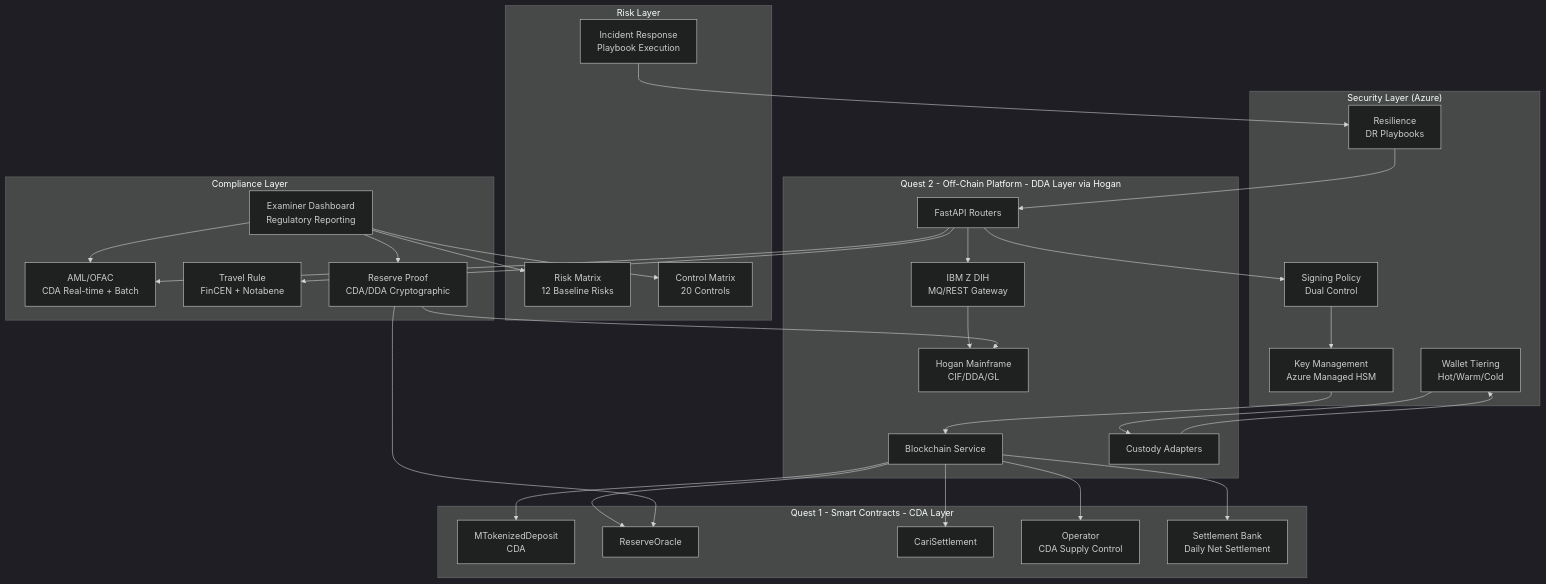
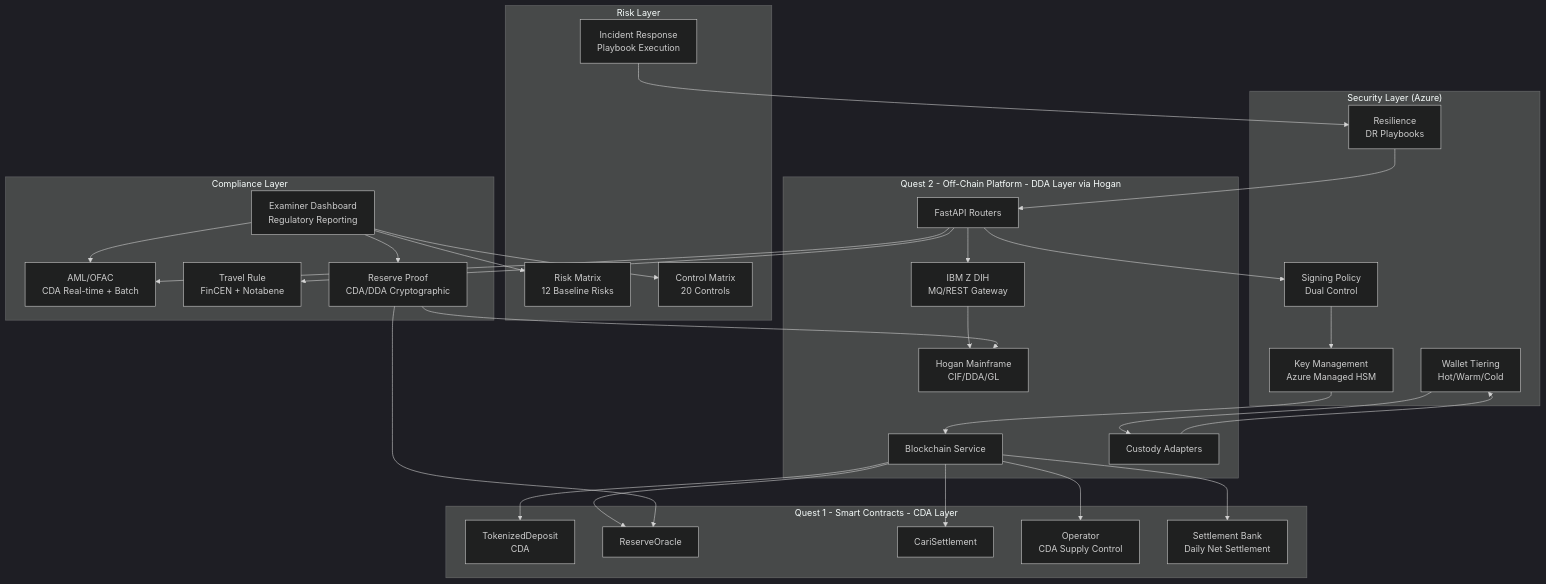
One commit to jnodes/tokenized-deposits changed the first of 5 diagrams in artifacts/architecture_diagrams.md. Above: the diagram before and after it, drawn with Mermaid (dark theme). The commit also changed other lines of this file and 160 other files, not shown here.

````diff
--- a/artifacts/architecture_diagrams.md
+++ b/artifacts/architecture_diagrams.md
@@ -14,68 +14,68 @@
 ```mermaid
 graph TB
     subgraph "Security Layer (Azure)"
         KM[Key Management<br/>Azure Managed HSM]
         SP[Signing Policy<br/>Dual Control]
         WT[Wallet Tiering<br/>Hot/Warm/Cold]
         DR[Resilience<br/>DR Playbooks]
     end
 
     subgraph "Compliance Layer"
         AML[AML/OFAC<br/>CDA Real-time + Batch]
         TR[Travel Rule<br/>FinCEN + Notabene]
         RP[Reserve Proof<br/>CDA/DDA Cryptographic]
         ED[Examiner Dashboard<br/>Regulatory Reporting]
     end
 
     subgraph "Risk Layer"
         RM[Risk Matrix<br/>12 Baseline Risks]
         CM[Control Matrix<br/>20 Controls]
         IR[Incident Response<br/>Playbook Execution]
     end
 
     subgraph "Quest 2 - Off-Chain Platform - DDA Layer via Hogan"
         API[FastAPI Routers]
         BC[Blockchain Service]
         ZDIH["IBM Z DIH<br/>MQ/REST Gateway"]
         HOGAN["Hogan Mainframe<br/>CIF/DDA/GL"]
         CU[Custody Adapters]
     end
 
     subgraph "Quest 1 - Smart Contracts - CDA Layer"
-        MTD["MTokenizedDeposit<br/>CDA"]
+        MTD["TokenizedDeposit<br/>CDA"]
         RO[ReserveOracle]
         CS[CariSettlement]
         OP[Operator<br/>CDA Supply Control]
         SB[Settlement Bank<br/>Daily Net Settlement]
     end
 
     API --> SP
     SP --> KM
     KM --> BC
     BC --> MTD
     BC --> RO
     BC --> CS
     BC --> OP
     BC --> SB
 
     API --> AML
     API --> TR
 
     API --> ZDIH
     ZDIH --> HOGAN
 
     CU --> WT
     WT --> CU
 
     DR --> API
 
     RP --> RO
     RP --> HOGAN
 
     ED --> RM
     ED --> CM
     ED --> AML
     ED --> RP
 
     IR --> DR
 ```
````
